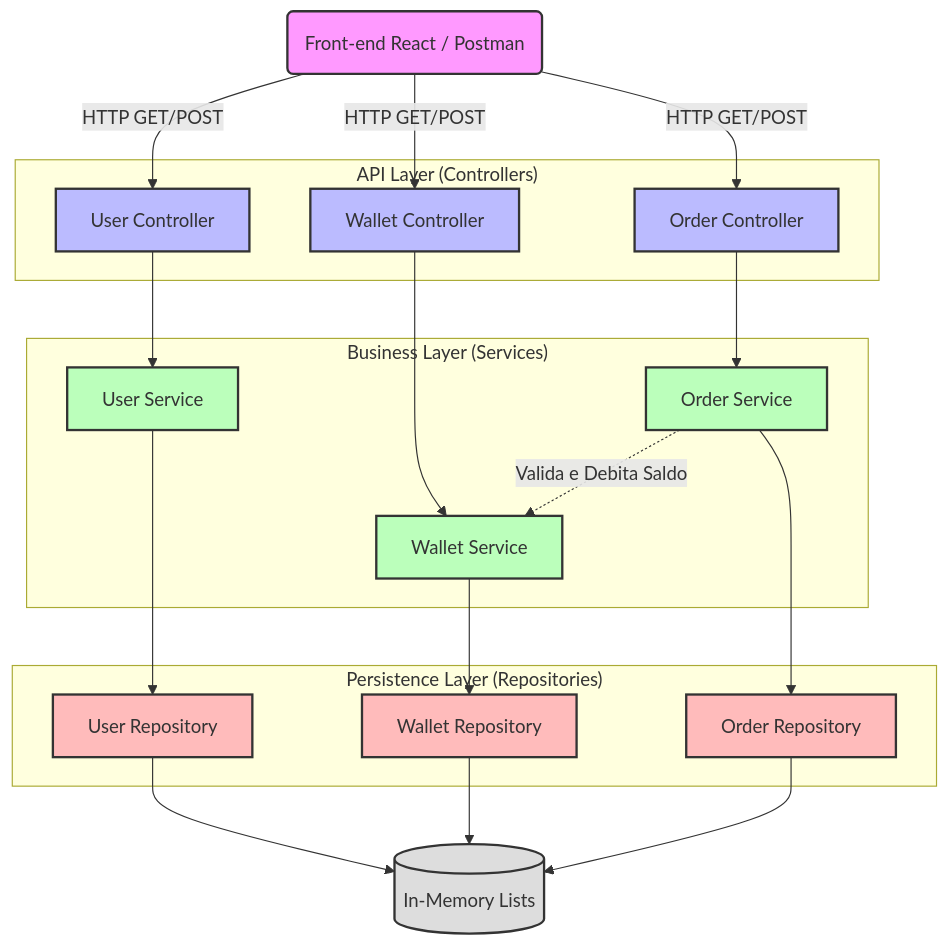
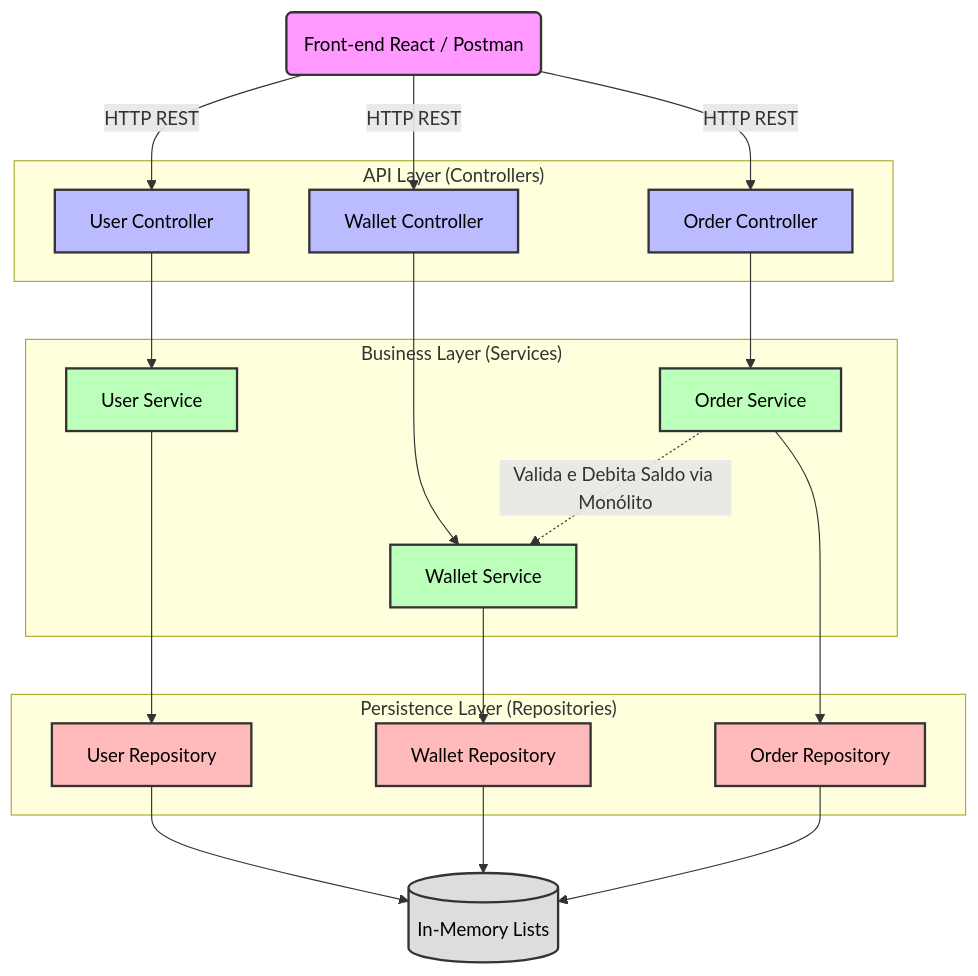
The first of 2 diagrams in README.md (leonardo-muniz/ese-pb-2026), drawn with Mermaid before and after one commit.

Commit message:
docs: força cor preta no texto do diagrama de arquitetura

````diff
--- a/README.md
+++ b/README.md
@@ -55,49 +55,49 @@
 ```mermaid
 graph TD
-    classDef client fill:#f9f,stroke:#333,stroke-width:2px;
-    classDef controller fill:#bbf,stroke:#333,stroke-width:2px;
-    classDef service fill:#bfb,stroke:#333,stroke-width:2px;
-    classDef repository fill:#fbb,stroke:#333,stroke-width:2px;
-    classDef database fill:#ddd,stroke:#333,stroke-width:2px;
+    classDef client fill:#f9f,stroke:#333,stroke-width:2px,color:#000;
+    classDef controller fill:#bbf,stroke:#333,stroke-width:2px,color:#000;
+    classDef service fill:#bfb,stroke:#333,stroke-width:2px,color:#000;
+    classDef repository fill:#fbb,stroke:#333,stroke-width:2px,color:#000;
+    classDef database fill:#ddd,stroke:#333,stroke-width:2px,color:#000;
 
     Client(Front-end React / Postman):::client
 
     subgraph "API Layer (Controllers)"
         UC[User Controller]:::controller
         WC[Wallet Controller]:::controller
         TC[Order Controller]:::controller
     end
 
     subgraph "Business Layer (Services)"
         US[User Service]:::service
         WS[Wallet Service]:::service
         TS[Order Service]:::service
     end
 
     subgraph "Persistence Layer (Repositories)"
         UR[User Repository]:::repository
         WR[Wallet Repository]:::repository
         TR[Order Repository]:::repository
     end
 
     DB[(In-Memory Lists)]:::database
 
-    Client -->|HTTP GET/POST| UC
-    Client -->|HTTP GET/POST| WC
-    Client -->|HTTP GET/POST| TC
+    Client -->|HTTP REST| UC
+    Client -->|HTTP REST| WC
+    Client -->|HTTP REST| TC
 
     UC --> US
     WC --> WS
     TC --> TS
 
-    TS -.->|Valida e Debita Saldo| WS
+    TS -.->|Valida e Debita Saldo via Monólito| WS
 
     US --> UR
     WS --> WR
     TS --> TR
 
     UR --> DB
     WR --> DB
     TR --> DB
 
 ```
````
